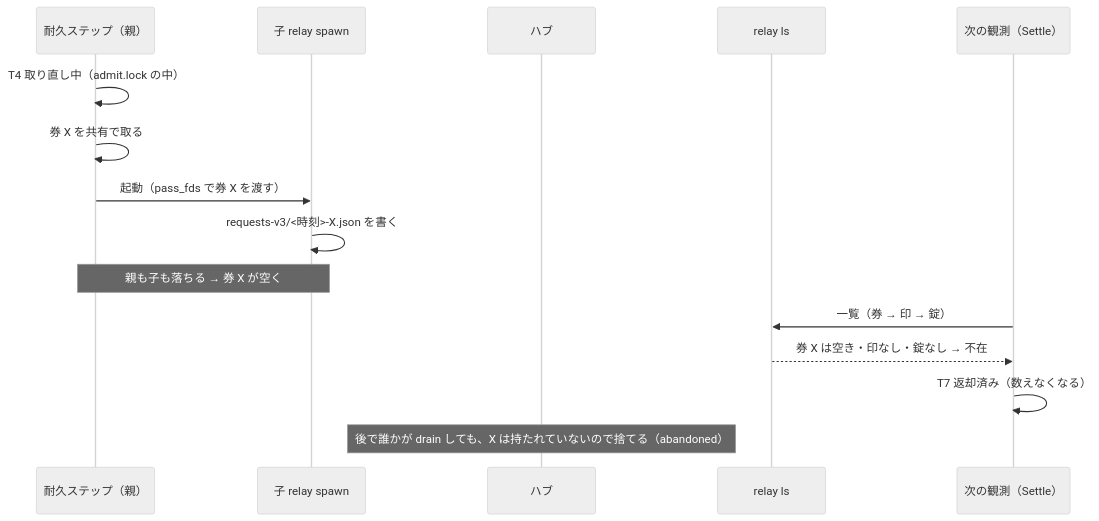
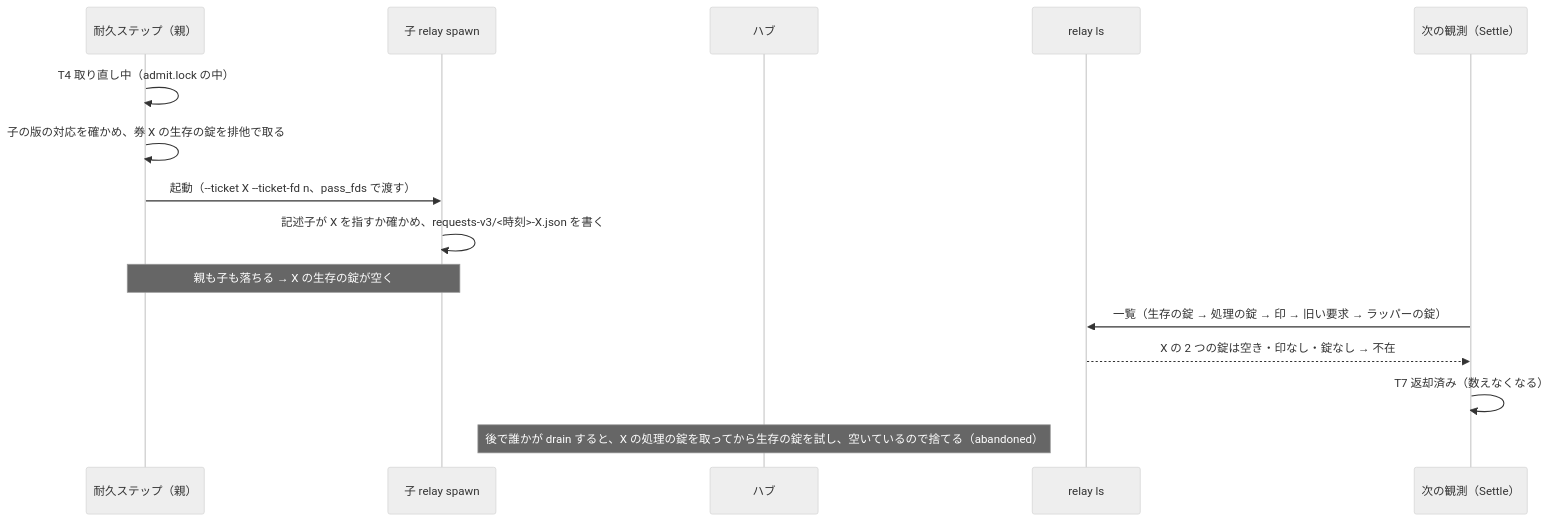
The third of 3 diagrams in issues/issue-4103-design.md (devbasex/ai-plugins), drawn with Mermaid (neutral theme) before and after one commit. The commit also changed other lines of this file and 1 other file, not shown here.

````diff
--- a/issues/issue-4103-design.md
+++ b/issues/issue-4103-design.md
@@ -178,17 +218,17 @@
 ```mermaid
 sequenceDiagram
   participant WF as 耐久ステップ（親）
   participant CH as 子 relay spawn
   participant HB as ハブ
   participant LS as relay ls
   participant WF2 as 次の観測（Settle）
   WF->>WF: T4 取り直し中（admit.lock の中）
-  WF->>WF: 券 X を共有で取る
-  WF->>CH: 起動（pass_fds で券 X を渡す）
-  CH->>CH: requests-v3/<時刻>-X.json を書く
-  Note over WF,CH: 親も子も落ちる → 券 X が空く
-  WF2->>LS: 一覧（券 → 印 → 錠）
-  LS-->>WF2: 券 X は空き・印なし・錠なし → 不在
+  WF->>WF: 子の版の対応を確かめ、券 X の生存の錠を排他で取る
+  WF->>CH: 起動（--ticket X --ticket-fd n、pass_fds で渡す）
+  CH->>CH: 記述子が X を指すか確かめ、requests-v3/<時刻>-X.json を書く
+  Note over WF,CH: 親も子も落ちる → X の生存の錠が空く
+  WF2->>LS: 一覧（生存の錠 → 処理の錠 → 印 → 旧い要求 → ラッパーの錠）
+  LS-->>WF2: X の 2 つの錠は空き・印なし・錠なし → 不在
   WF2->>WF2: T7 返却済み（数えなくなる）
-  Note over HB: 後で誰かが drain しても、X は持たれていないので捨てる（abandoned）
+  Note over HB: 後で誰かが drain すると、X の処理の錠を取ってから生存の錠を試し、空いているので捨てる（abandoned）
 ```
````
